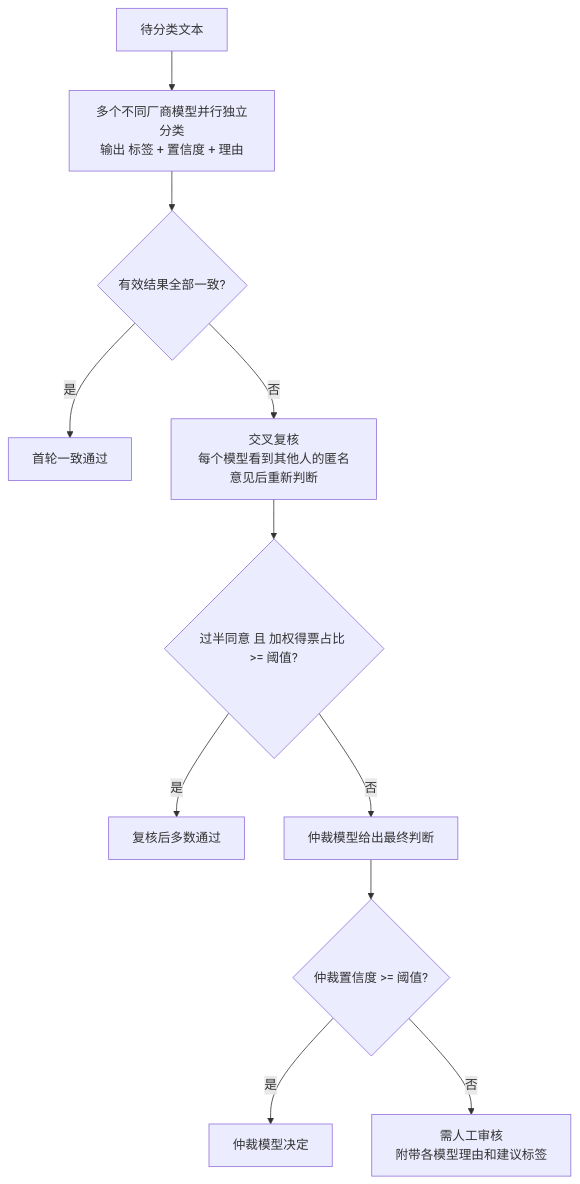
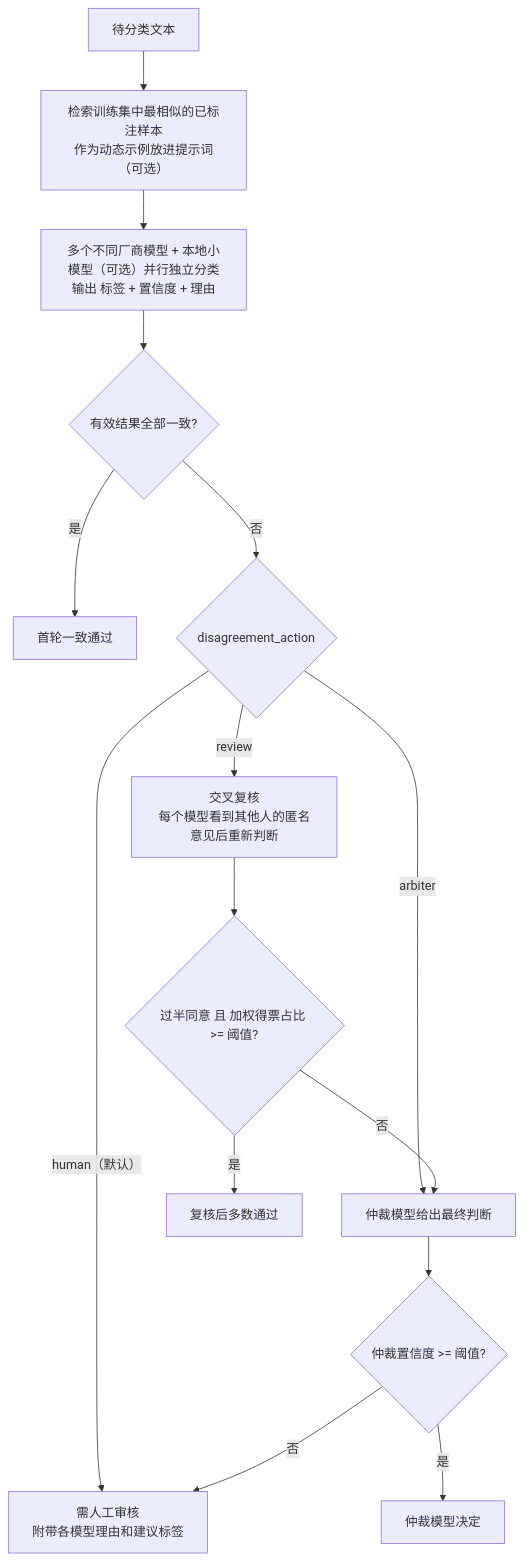
Before and after one commit to 2024201542/cursor_datalab: the diagram in README.md, drawn with Mermaid. The commit also changed other lines of this file and 20 other files, not shown here.

````diff
--- a/README.md
+++ b/README.md
@@ -23,13 +25,17 @@
 ```mermaid
 flowchart TD
-    A[待分类文本] --> B[多个不同厂商模型并行独立分类<br/>输出 标签 + 置信度 + 理由]
+    A[待分类文本] --> R[检索训练集中最相似的已标注样本<br/>作为动态示例放进提示词（可选）]
+    R --> B[多个不同厂商模型 + 本地小模型（可选）并行独立分类<br/>输出 标签 + 置信度 + 理由]
     B --> C{有效结果全部一致?}
     C -- 是 --> D[首轮一致通过]
-    C -- 否 --> E[交叉复核<br/>每个模型看到其他人的匿名意见后重新判断]
+    C -- 否 --> P{disagreement_action}
+    P -- human（默认） --> K
+    P -- arbiter --> H
+    P -- review --> E[交叉复核<br/>每个模型看到其他人的匿名意见后重新判断]
     E --> F{过半同意 且 加权得票占比 >= 阈值?}
     F -- 是 --> G[复核后多数通过]
     F -- 否 --> H[仲裁模型给出最终判断]
     H --> I{仲裁置信度 >= 阈值?}
     I -- 是 --> J[仲裁模型决定]
     I -- 否 --> K[需人工审核<br/>附带各模型理由和建议标签]
 ```
````
